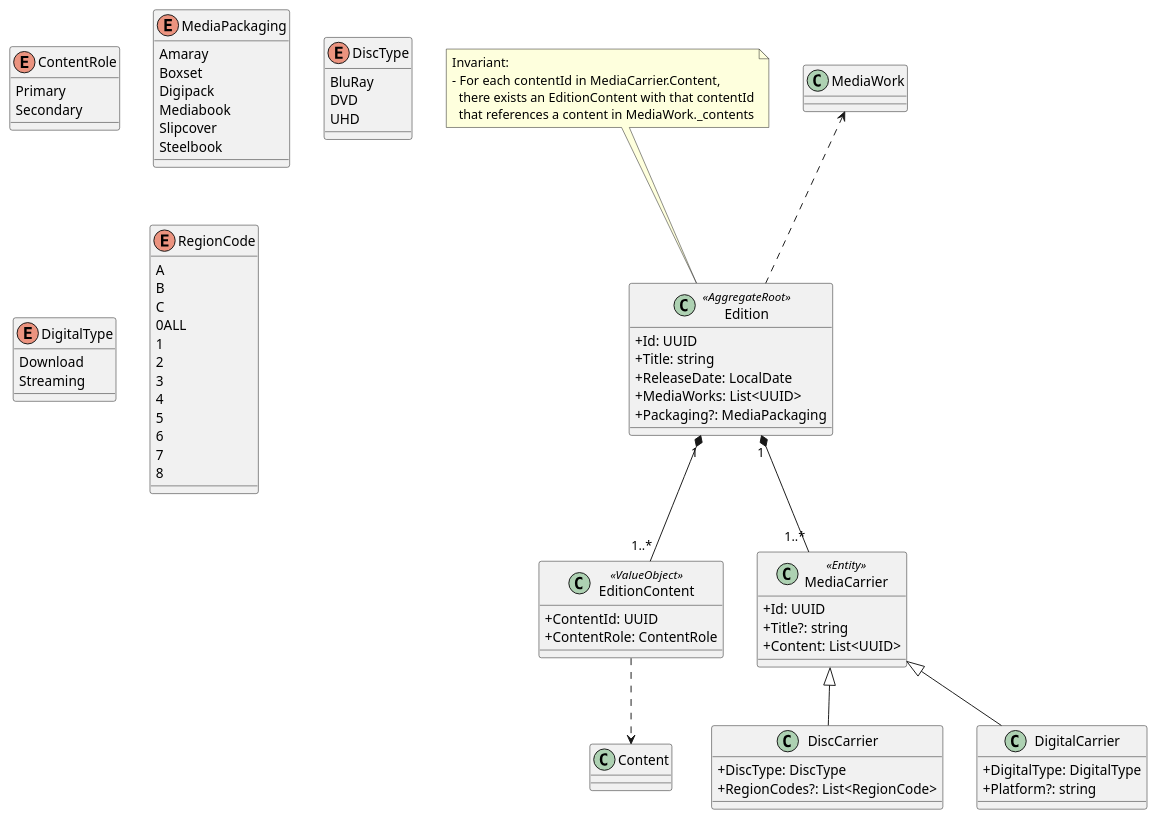
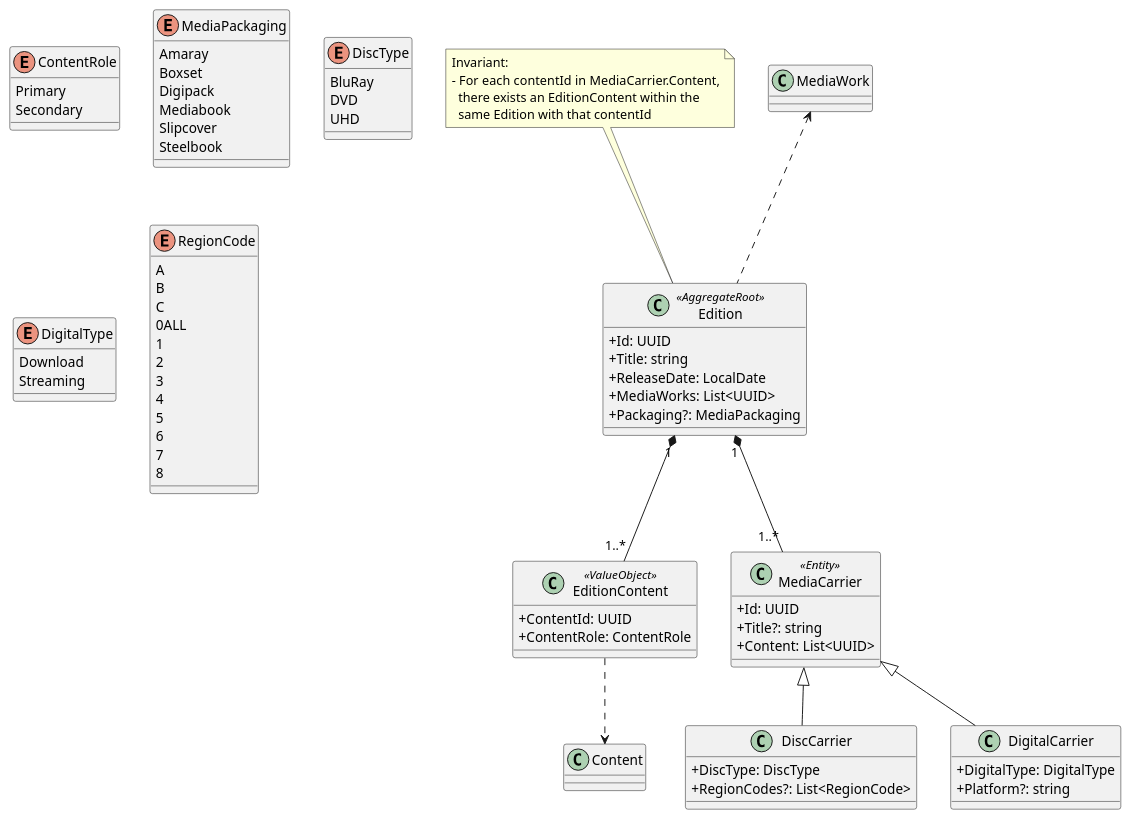
The diagram in docs/uml/domain/edition.domain.puml (yantue/colleq), drawn with PlantUML before and after one commit. The commit also changed 2 other files, not shown here.

```diff
--- a/docs/uml/domain/edition.domain.puml
+++ b/docs/uml/domain/edition.domain.puml
@@ -1,92 +1,92 @@
 @startuml
 skinparam classAttributeIconSize 0
 
 class Edition <<AggregateRoot>> {
     +Id: UUID
     +Title: string
     +ReleaseDate: LocalDate
     +MediaWorks: List<UUID>
     +Packaging?: MediaPackaging
 }
 
 note top of Edition
 Invariant:
 - For each contentId in MediaCarrier.Content,
-  there exists an EditionContent with that contentId
-  that references a content in MediaWork._contents
+  there exists an EditionContent within the
+  same Edition with that contentId
 end note
 
 class EditionContent <<ValueObject>> {
     +ContentId: UUID
     +ContentRole: ContentRole
 }
 
 Edition "1" *-- "1..*" EditionContent
 
 enum ContentRole {
     Primary
     Secondary
 }
 
 class MediaCarrier <<Entity>> {
     +Id: UUID
     +Title?: string
     +Content: List<UUID>
 }
 
 Edition "1" *-- "1..*" MediaCarrier
 
 class DiscCarrier {
     +DiscType: DiscType
     +RegionCodes?: List<RegionCode>
 }
 
 MediaCarrier <|-- DiscCarrier
 
 class DigitalCarrier {
     +DigitalType: DigitalType
     +Platform?: string
 }
 
 MediaCarrier <|-- DigitalCarrier
 
 enum MediaPackaging {
     Amaray
     Boxset
     Digipack
     Mediabook
     Slipcover
     Steelbook
 }
 
 enum DiscType {
     BluRay
     DVD
     UHD
 }
 
 enum DigitalType {
     Download
     Streaming
 }
 
 enum RegionCode {
     A
     B
     C
     0ALL
     1
     2
     3
     4
     5
     6
     7
     8
 }
 
 ' ===== CROSS-AGGREGATE REFERENCE =====
 MediaWork <.. Edition
 EditionContent ..> Content
 
 @enduml
```
